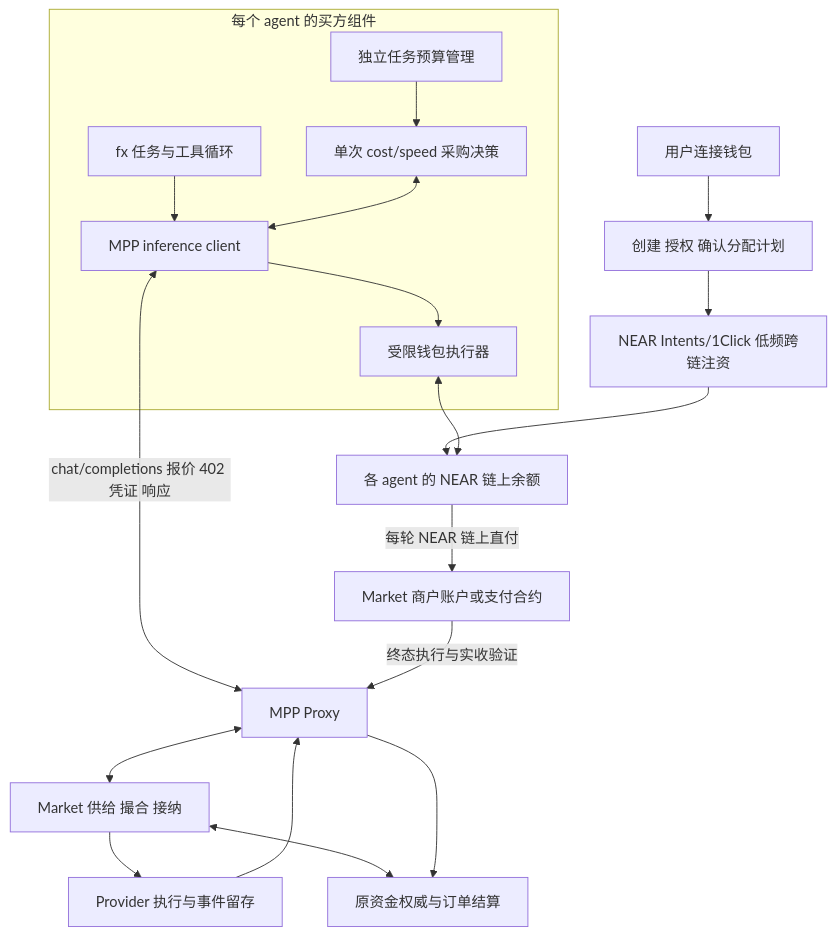
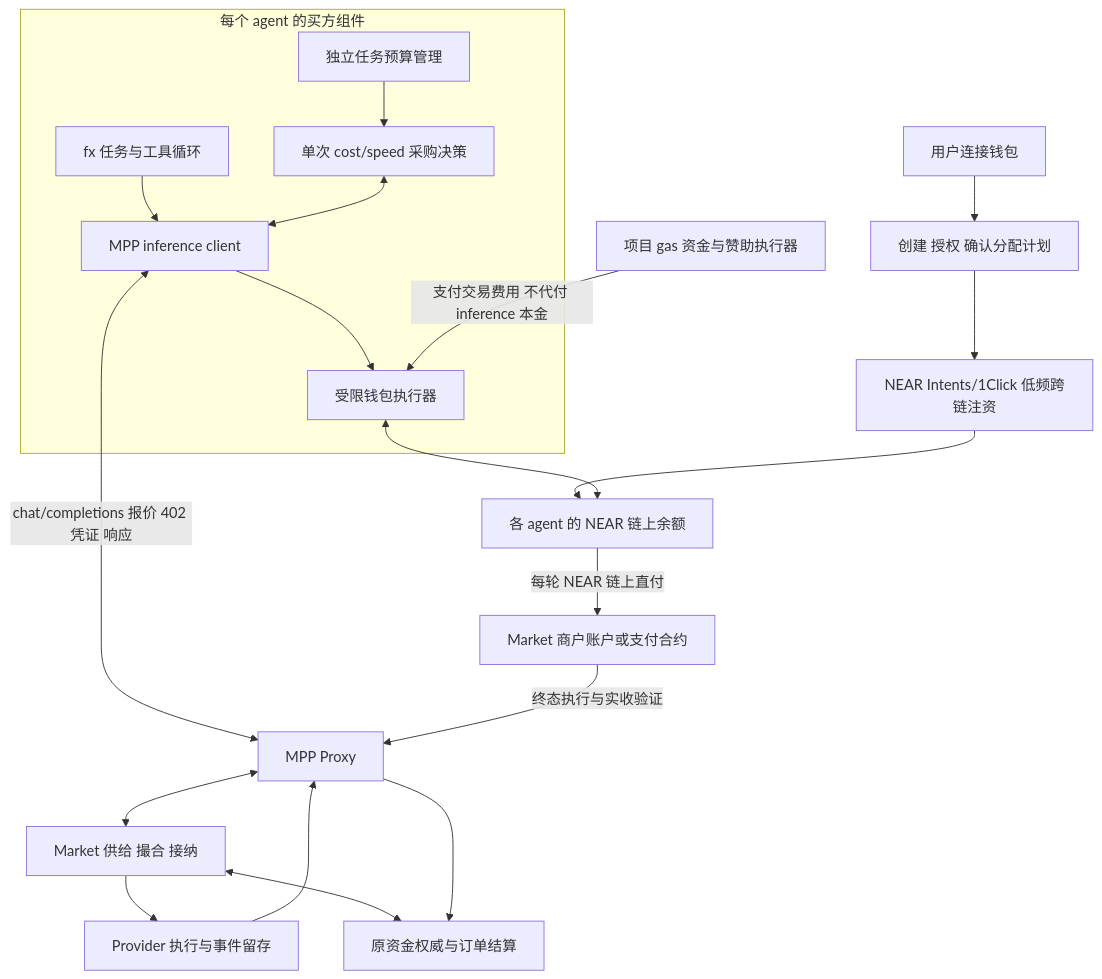
Before and after one commit to SPIKESPIGEL404/private-flex-inference-auctions: the diagram in docs/specs/2026-11-14-agent-mpp-inference-integration.md, drawn with Mermaid. The commit also changed other lines of this file and 31 other files, not shown here.

````diff
--- a/docs/specs/2026-11-14-agent-mpp-inference-integration.md
+++ b/docs/specs/2026-11-14-agent-mpp-inference-integration.md
@@ -66,21 +68,22 @@
 ```mermaid
 flowchart TB
     O[用户连接钱包] --> S[创建 授权 确认分配计划]
     S --> X[NEAR Intents/1Click 低频跨链注资]
     X --> W[各 agent 的 NEAR 链上余额]
     subgraph A[每个 agent 的买方组件]
         F[fx 任务与工具循环] --> C[MPP inference client]
         B[独立任务预算管理] --> D[单次 cost/speed 采购决策]
         D <--> C
         C --> H[受限钱包执行器]
     end
     H <--> W
     C <-->|chat/completions 报价 402 凭证 响应| P[MPP Proxy]
     W -->|每轮 NEAR 链上直付| R[Market 商户账户或支付合约]
+    G[项目 gas 资金与赞助执行器] -->|支付交易费用 不代付 inference 本金| H
     R -->|终态执行与实收验证| P
     P <--> M[Market 供给 撮合 接纳]
     M --> E[Provider 执行与事件留存]
     E --> P
     M <--> L[原资金权威与订单结算]
     P --> L
 ```
````
